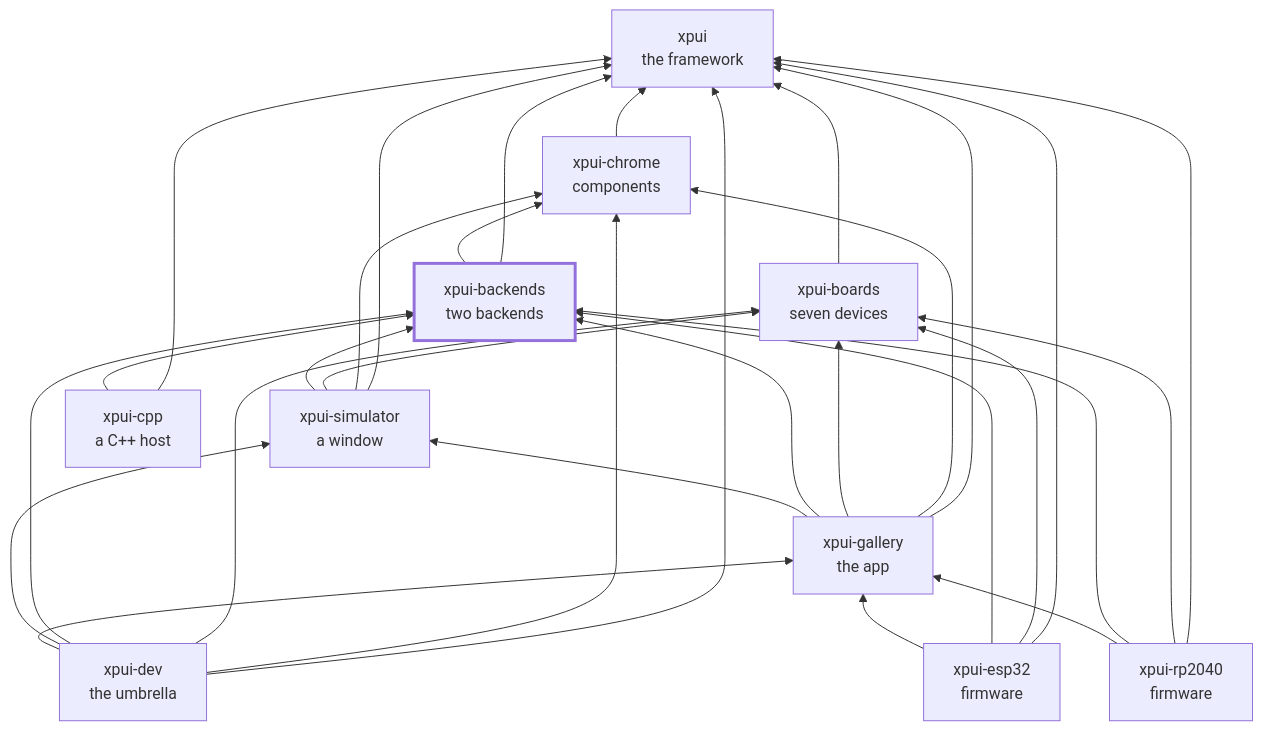
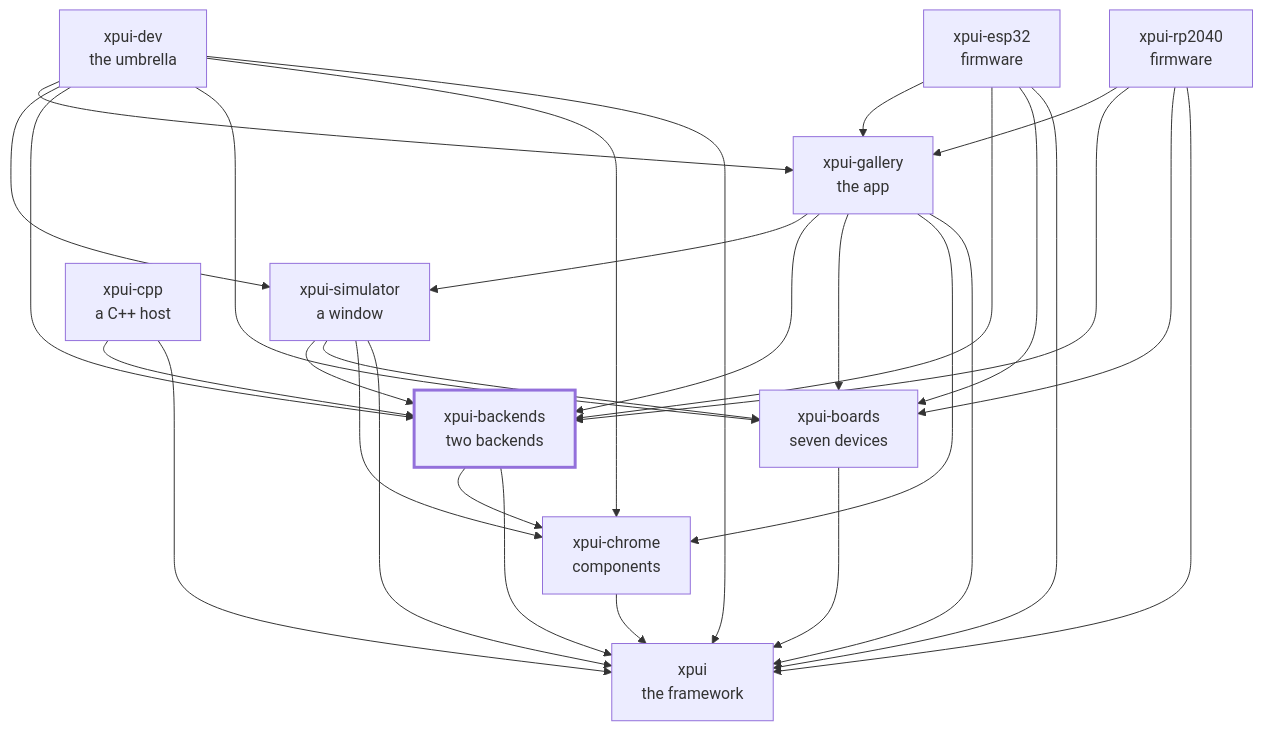
The second of 2 diagrams in README.md (XPUI-Framework/xpui-backends), drawn with Mermaid before and after one commit. The commit also changed other lines of this file and 30 other files, not shown here.

````diff
--- a/README.md
+++ b/README.md
@@ -99,43 +95,43 @@
 ```mermaid
-flowchart BT
+flowchart TD
   xpui["xpui<br/>the framework"]
   chrome["xpui-chrome<br/>components"]
   boards["xpui-boards<br/>seven devices"]
   backends["xpui-backends<br/>two backends"]
   simulator["xpui-simulator<br/>a window"]
   gallery["xpui-gallery<br/>the app"]
   rp2040["xpui-rp2040<br/>firmware"]
   esp32["xpui-esp32<br/>firmware"]
   cpp["xpui-cpp<br/>a C++ host"]
   dev["xpui-dev<br/>the umbrella"]
   chrome --> xpui
   boards --> xpui
   backends --> xpui
   backends --> chrome
   simulator --> xpui
   simulator --> chrome
   simulator --> boards
   simulator --> backends
   gallery --> xpui
   gallery --> chrome
   gallery --> boards
   gallery --> backends
   gallery --> simulator
   rp2040 --> xpui
   rp2040 --> boards
   rp2040 --> backends
   rp2040 --> gallery
   esp32 --> xpui
   esp32 --> boards
   esp32 --> backends
   esp32 --> gallery
   cpp --> xpui
   cpp --> backends
   dev --> xpui
   dev --> chrome
   dev --> boards
   dev --> backends
   dev --> simulator
   dev --> gallery
   style backends stroke-width:3px
 ```
````
